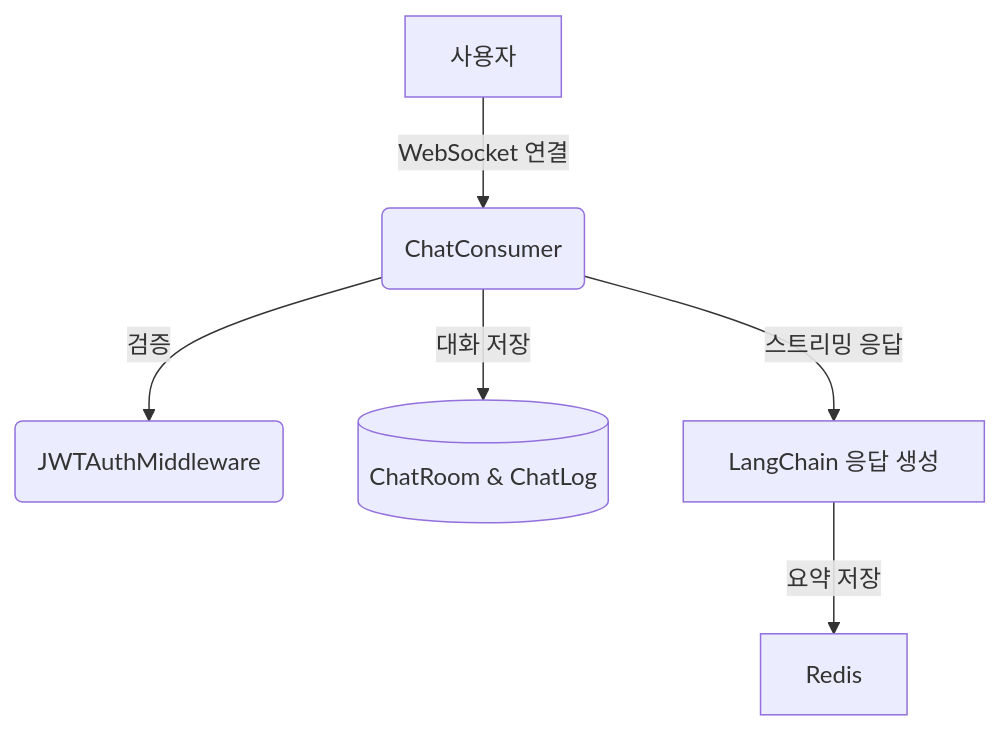
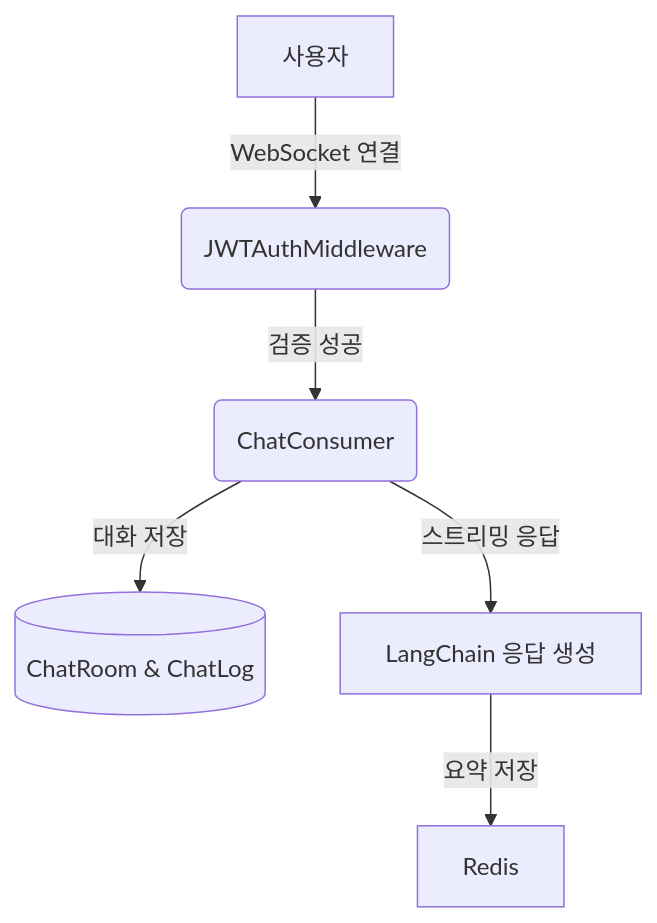
One commit to Mminzy22/Mminzy22.github.io changed the diagram in _posts/2025-03-25-Project12.md. Above: the diagram before and after it, drawn with Mermaid. The commit also changed other lines of this file and 1 other file, not shown here.

Commit message:
docs: 블로그 글 내용 수정

````diff
--- a/_posts/2025-03-25-Project12.md
+++ b/_posts/2025-03-25-Project12.md
@@ -20,8 +20,8 @@
 ```mermaid
 graph TD
-U[사용자] -->|WebSocket 연결| C(ChatConsumer)
-C -->|검증| M(JWTAuthMiddleware)
+U[사용자] -->|WebSocket 연결| M(JWTAuthMiddleware)
+M -->|검증 성공| C(ChatConsumer)
 C -->|대화 저장| DB[(ChatRoom & ChatLog)]
 C -->|스트리밍 응답| L[LangChain 응답 생성]
 L -->|요약 저장| Redis
 ```
````
